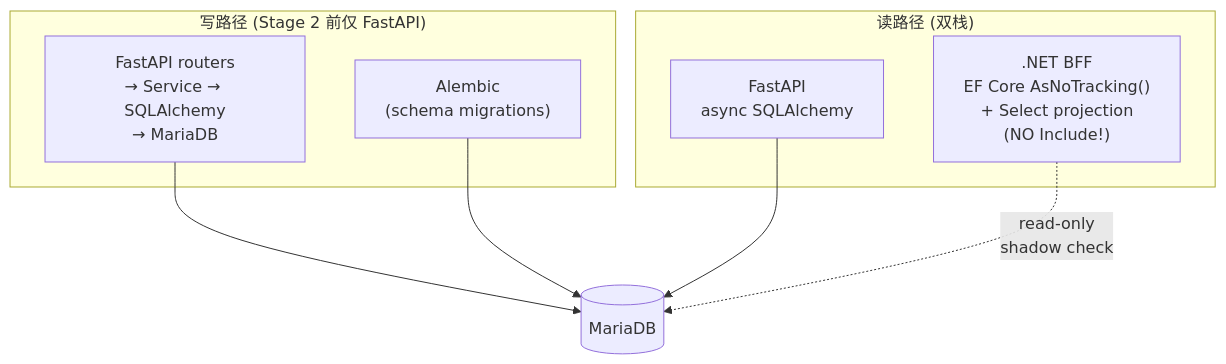
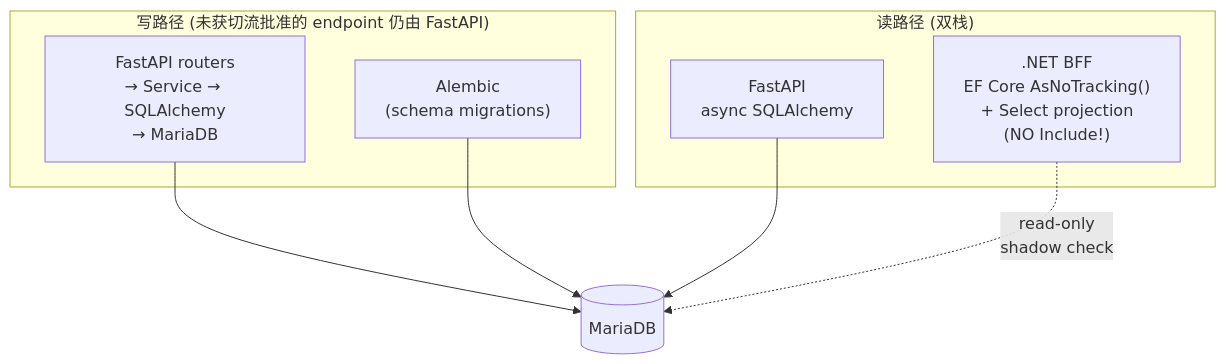
The second of 4 diagrams in docs/architecture-v2.md (hfutlimit/AgentBoard), drawn with Mermaid before and after one commit. The commit also changed other lines of this file and 33 other files, not shown here.

````diff
--- a/docs/architecture-v2.md
+++ b/docs/architecture-v2.md
@@ -95,17 +95,17 @@
 ```mermaid
 flowchart TD
-    subgraph Write["写路径 (Stage 2 前仅 FastAPI)"]
+    subgraph Write["写路径 (未获切流批准的 endpoint 仍由 FastAPI)"]
         FastAPIWrite["FastAPI routers<br/>→ Service → SQLAlchemy<br/>→ MariaDB"]
         AlembicWrite["Alembic<br/>(schema migrations)"]
     end
 
     subgraph Read["读路径 (双栈)"]
         FastAPIRead["FastAPI<br/>async SQLAlchemy"]
         DotNetRead[".NET BFF<br/>EF Core AsNoTracking()<br/>+ Select projection<br/>(NO Include!)"]
     end
 
     FastAPIWrite --> DB[("MariaDB")]
     AlembicWrite --> DB
     FastAPIRead --> DB
     DotNetRead -. read-only<br/>shadow check .-> DB
 ```
````
